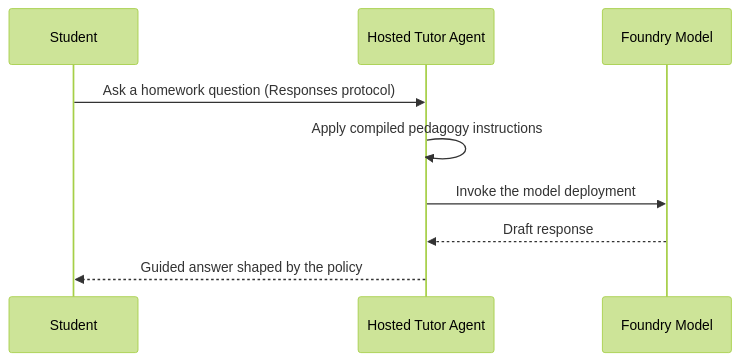
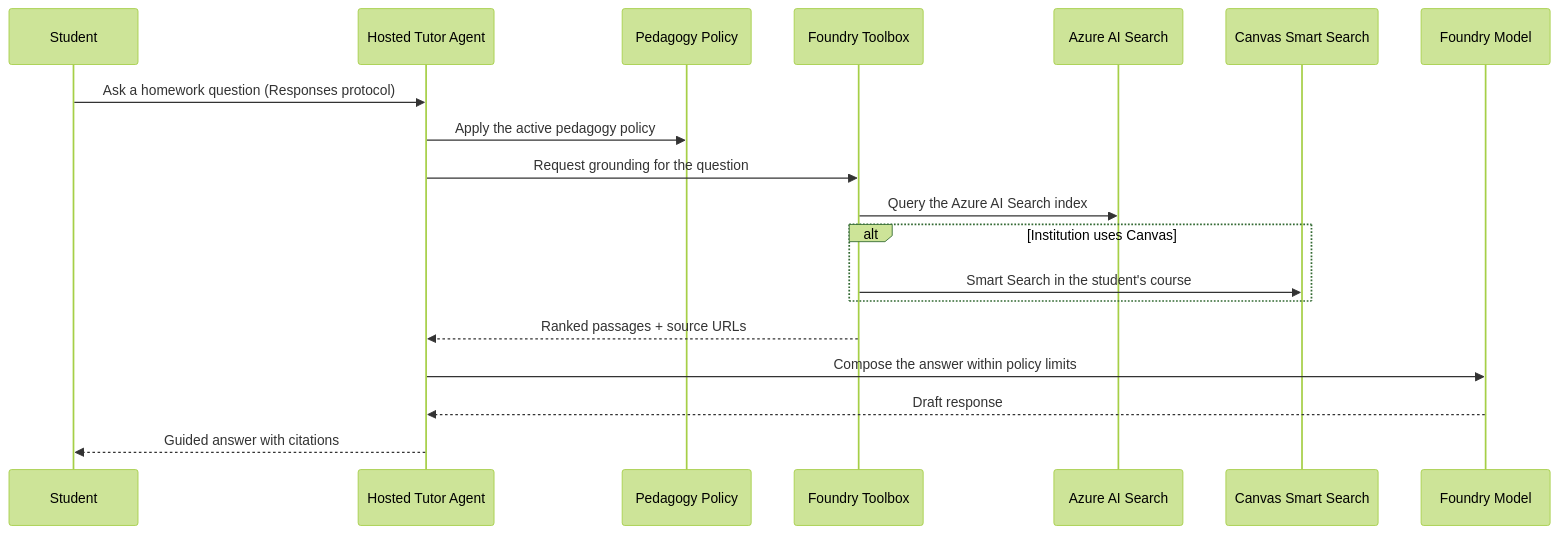
The second of 2 diagrams in docs/architecture.md (dbruun/edu-cohort-homework), drawn with Mermaid (forest theme) before and after one commit. The commit also changed other lines of this file, not shown here.

Commit message:
Revise architecture documentation to clarify system components and their interactions; enhance descriptions of the professor portal, hosted tutor agent, and knowledge layer for improved understanding.

````diff
--- a/docs/architecture.md
+++ b/docs/architecture.md
@@ -76,12 +114,22 @@
 ```mermaid
 sequenceDiagram
   participant S as Student
   participant A as Hosted Tutor Agent
+  participant P as Pedagogy Policy
+  participant T as Foundry Toolbox
+  participant X as Azure AI Search
+  participant C as Canvas Smart Search
   participant M as Foundry Model
 
   S->>A: Ask a homework question (Responses protocol)
-  A->>A: Apply compiled pedagogy instructions
-  A->>M: Invoke the model deployment
+  A->>P: Apply the active pedagogy policy
+  A->>T: Request grounding for the question
+  T->>X: Query the Azure AI Search index
+  alt Institution uses Canvas
+    T->>C: Smart Search in the student's course
+  end
+  T-->>A: Ranked passages + source URLs
+  A->>M: Compose the answer within policy limits
   M-->>A: Draft response
-  A-->>S: Guided answer shaped by the policy
+  A-->>S: Guided answer with citations
 ```
````
